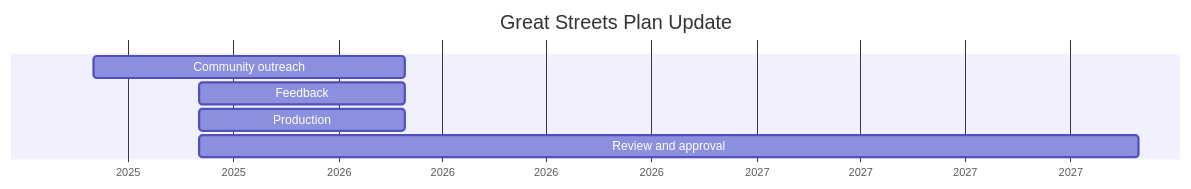
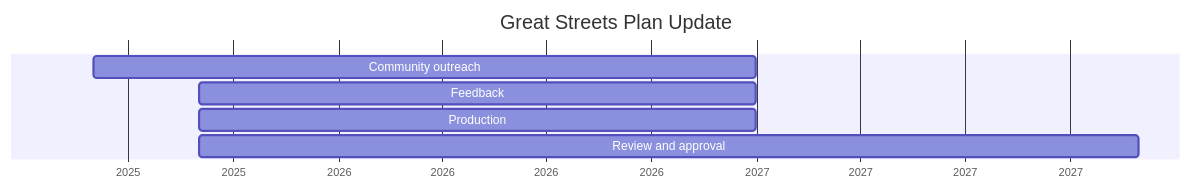
One commit to changesaroundme/calendars changed diagram 17 of 40 in docs/projects.md. Above: the diagram before and after it, drawn with Mermaid. The commit also changed other lines of this file and 1 other file, not shown here.

````diff
--- a/docs/projects.md
+++ b/docs/projects.md
@@ -300,10 +362,10 @@
 ```mermaid
 gantt
     title Great Streets Plan Update
     dateFormat YYYY-MM-DD
     axisFormat %Y
-    Community outreach :p1, 2025-06-01, 2026-02-28
-    Feedback :p2, 2025-09-01, 2026-02-28
-    Production :p3, 2025-09-01, 2026-02-28
+    Community outreach :p1, 2025-06-01, 2026-12-31
+    Feedback :p2, 2025-09-01, 2026-12-31
+    Production :p3, 2025-09-01, 2026-12-31
     Review and approval :p4, 2025-09-01, 2027-11-30
 ```
````
